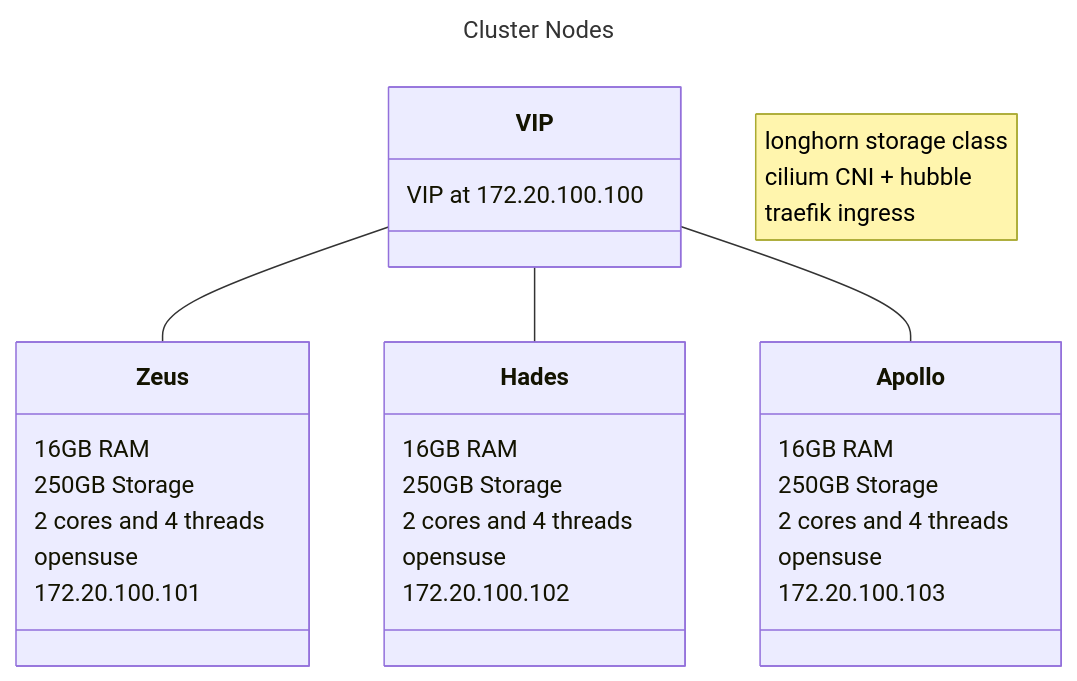
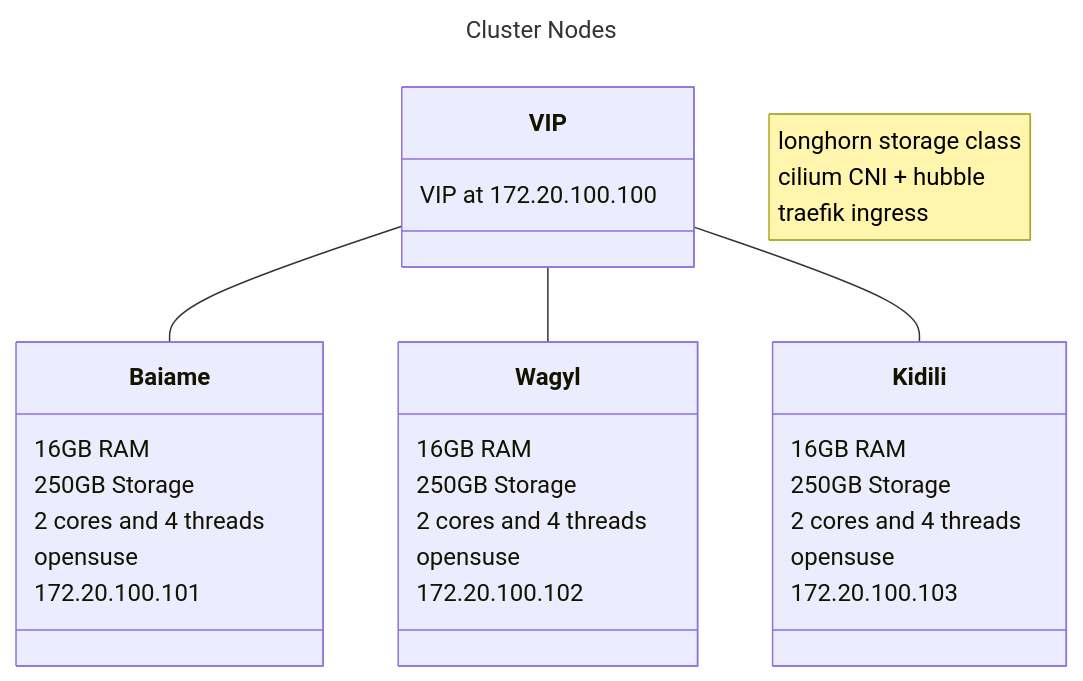
The diagram in homelab-docs.wiki/Home.md (Ceald1/homelab-docs), drawn with Mermaid before and after one commit.

Commit message:
added more and changed cluster name

````diff
--- a/homelab-docs.wiki/Home.md
+++ b/homelab-docs.wiki/Home.md
@@ -6,39 +6,39 @@
 ```mermaid
 ---
 title: Cluster Nodes
 ---
 classDiagram
-   Zeus
-   Hades
-   Apollo
+   Baiame
+   Wagyl
+   Kidili
    VIP 
-   VIP -- Zeus
-   VIP -- Hades
-   VIP -- Apollo
+   VIP -- Baiame
+   VIP -- Wagyl
+   VIP -- Kidili
    note "longhorn storage class <br>cilium CNI + hubble<br>traefik ingress"
 
-   class Zeus {
+   class Baiame {
        16GB RAM
        250GB Storage
        2 cores and 4 threads
        opensuse
        172.20.100.101
    }
-   class Hades {
+   class Wagyl {
        16GB RAM
        250GB Storage
        2 cores and 4 threads
        opensuse
        172.20.100.102
    }
-   class Apollo {
+   class Kidili {
        16GB RAM
        250GB Storage
        2 cores and 4 threads
        opensuse
        172.20.100.103
    }
    class VIP {
        VIP at 172.20.100.100
    }
 ```
````
